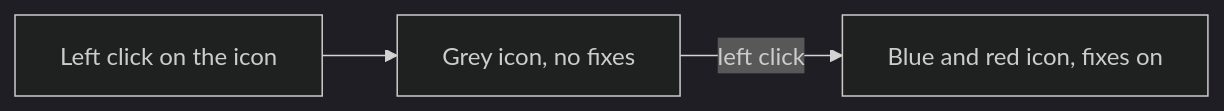
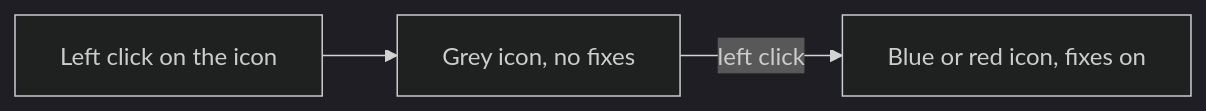
Before and after one commit to workbench-soft/langflip: the fifth of 6 diagrams in docs/user-flows.md, drawn with Mermaid (dark theme). The commit also changed other lines of this file and 7 other files, not shown here.

````diff
--- a/docs/user-flows.md
+++ b/docs/user-flows.md
@@ -64,5 +64,5 @@
 ```mermaid
 flowchart LR
     A[Left click on the icon] --> B[Grey icon, no fixes]
-    B -->|left click| C[Blue and red icon, fixes on]
+    B -->|left click| C[Blue or red icon, fixes on]
 ```
````
